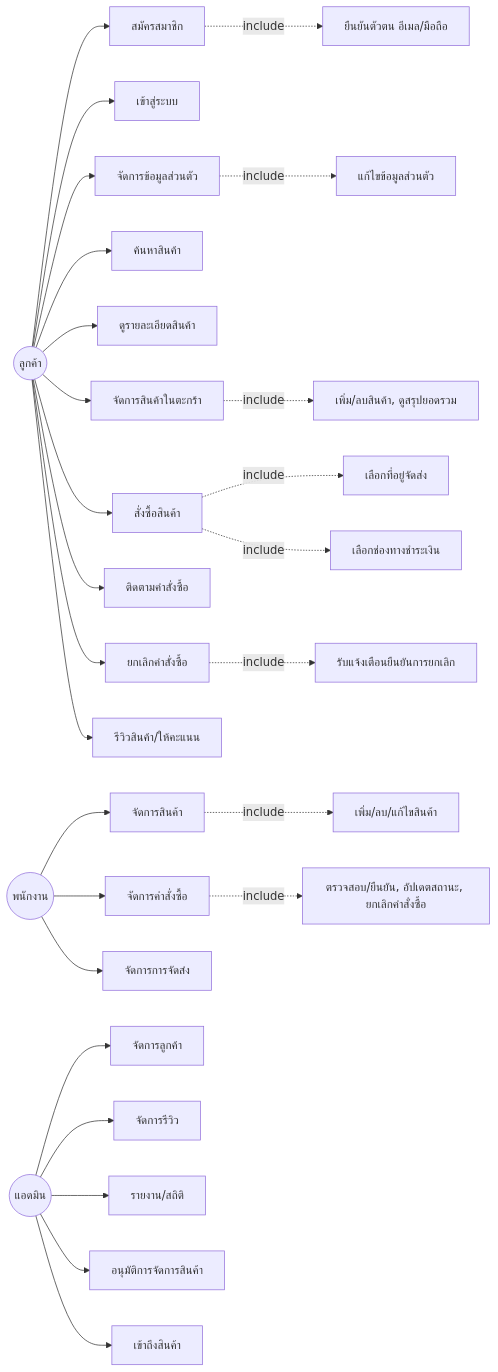
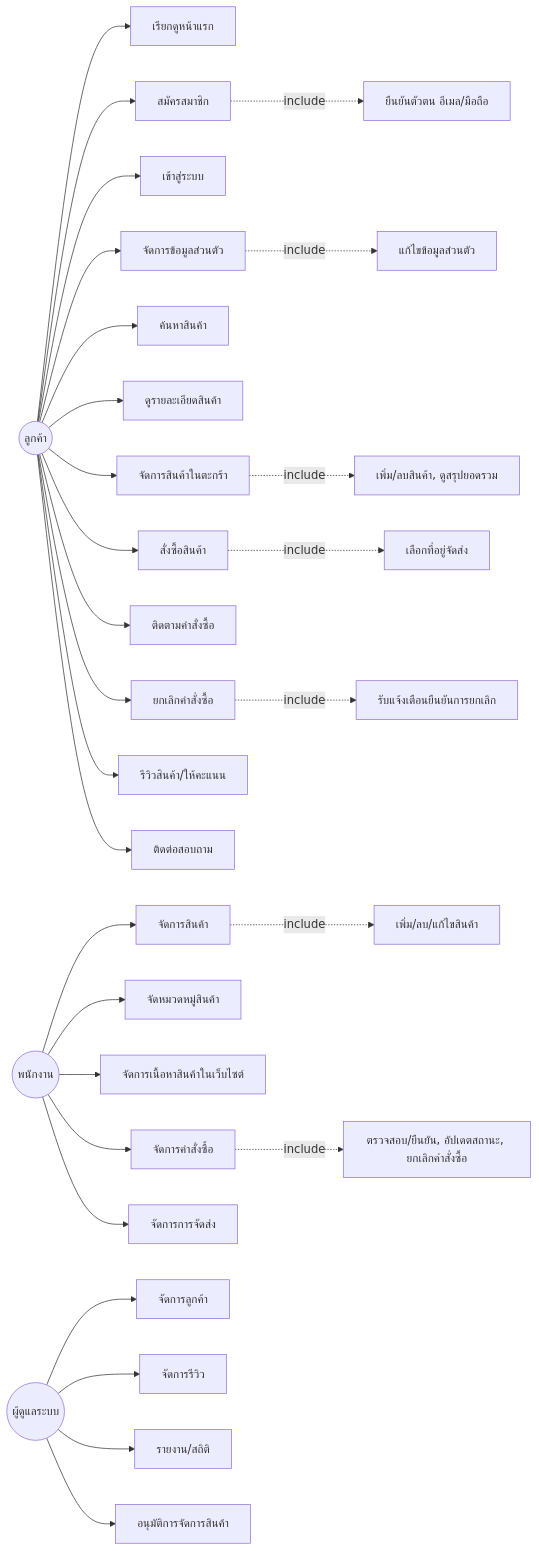
The first of 2 diagrams in docs/analysis-design.md (ptnsin/Farmart), drawn with Mermaid before and after one commit. The commit also changed other lines of this file, not shown here.

````diff
--- a/docs/analysis-design.md
+++ b/docs/analysis-design.md
@@ -22,39 +22,40 @@
 ```mermaid
 graph LR
     CustomerActor((ลูกค้า))
     EmployeeActor((พนักงาน))
-    AdminActor((แอดมิน))
-
+    AdminActor((ผู้ดูแลระบบ))
 
     %% ลูกค้า
+    CustomerActor --> UC_Home[เรียกดูหน้าแรก]
     CustomerActor --> UC_Register[สมัครสมาชิก]
     UC_Register -.include.-> UC_Verify[ยืนยันตัวตน อีเมล/มือถือ]
     CustomerActor --> UC_Login[เข้าสู่ระบบ]
     CustomerActor --> UC_Profile[จัดการข้อมูลส่วนตัว]
     UC_Profile -.include.-> UC_EditProfile[แก้ไขข้อมูลส่วนตัว]
     CustomerActor --> UC_Search[ค้นหาสินค้า]
     CustomerActor --> UC_Detail[ดูรายละเอียดสินค้า]
     CustomerActor --> UC_Cart[จัดการสินค้าในตะกร้า]
     UC_Cart -.include.-> UC_CartOps["เพิ่ม/ลบสินค้า, ดูสรุปยอดรวม"]
     CustomerActor --> UC_Order[สั่งซื้อสินค้า]
     UC_Order -.include.-> UC_Address[เลือกที่อยู่จัดส่ง]
-    UC_Order -.include.-> UC_PayMethod[เลือกช่องทางชำระเงิน]
     CustomerActor --> UC_Track[ติดตามคำสั่งซื้อ]
     CustomerActor --> UC_Cancel[ยกเลิกคำสั่งซื้อ]
     UC_Cancel -.include.-> UC_ConfirmCancel[รับแจ้งเตือนยืนยันการยกเลิก]
     CustomerActor --> UC_Review["รีวิวสินค้า/ให้คะแนน"]
+    CustomerActor --> UC_Contact[ติดต่อสอบถาม]
 
     %% พนักงาน
     EmployeeActor --> UC_ManageProduct[จัดการสินค้า]
     UC_ManageProduct -.include.-> UC_ProductOps["เพิ่ม/ลบ/แก้ไขสินค้า"]
+    EmployeeActor --> UC_Category[จัดหมวดหมู่สินค้า]
+    EmployeeActor --> UC_Content[จัดการเนื้อหาสินค้าในเว็บไซต์]
     EmployeeActor --> UC_ManageOrder[จัดการคำสั่งซื้อ]
     UC_ManageOrder -.include.-> UC_OrderOps["ตรวจสอบ/ยืนยัน, อัปเดตสถานะ, ยกเลิกคำสั่งซื้อ"]
     EmployeeActor --> UC_ManageShip[จัดการการจัดส่ง]
 
-    %% แอดมิน
+    %% ผู้ดูแลระบบ (Admin)
     AdminActor --> UC_ManageCustomer[จัดการลูกค้า]
     AdminActor --> UC_ManageReview[จัดการรีวิว]
     AdminActor --> UC_Report["รายงาน/สถิติ"]
     AdminActor --> UC_Approve[อนุมัติการจัดการสินค้า]
-    AdminActor --> UC_Product[เข้าถึงสินค้า]
 ```
````
